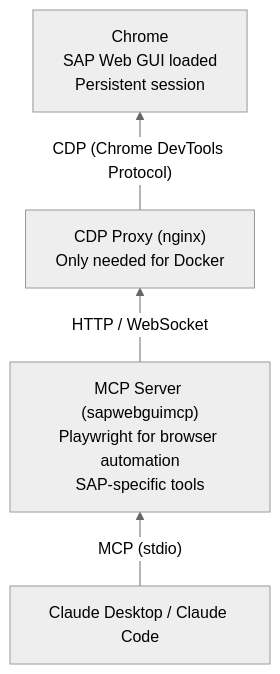
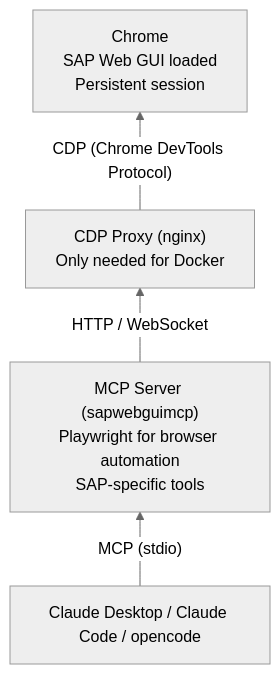
Before and after one commit to Hochfrequenz/sapwebgui.mcp: the diagram in README.md, drawn with Mermaid (neutral theme). The commit also changed other lines of this file and 21 other files, not shown here.

````diff
--- a/README.md
+++ b/README.md
@@ -1087,11 +671,11 @@
 ```mermaid
 graph BT
-    Claude["Claude Desktop / Claude Code"]
+    Claude["Claude Desktop / Claude Code / opencode"]
     MCP["MCP Server (sapwebguimcp)\nPlaywright for browser automation\nSAP-specific tools"]
     CDP["CDP Proxy (nginx)\nOnly needed for Docker"]
     Chrome["Chrome\nSAP Web GUI loaded\nPersistent session"]
 
     Claude -- "MCP (stdio)" --> MCP
     MCP -- "HTTP / WebSocket" --> CDP
     CDP -- "CDP (Chrome DevTools Protocol)" --> Chrome
 ```
````
